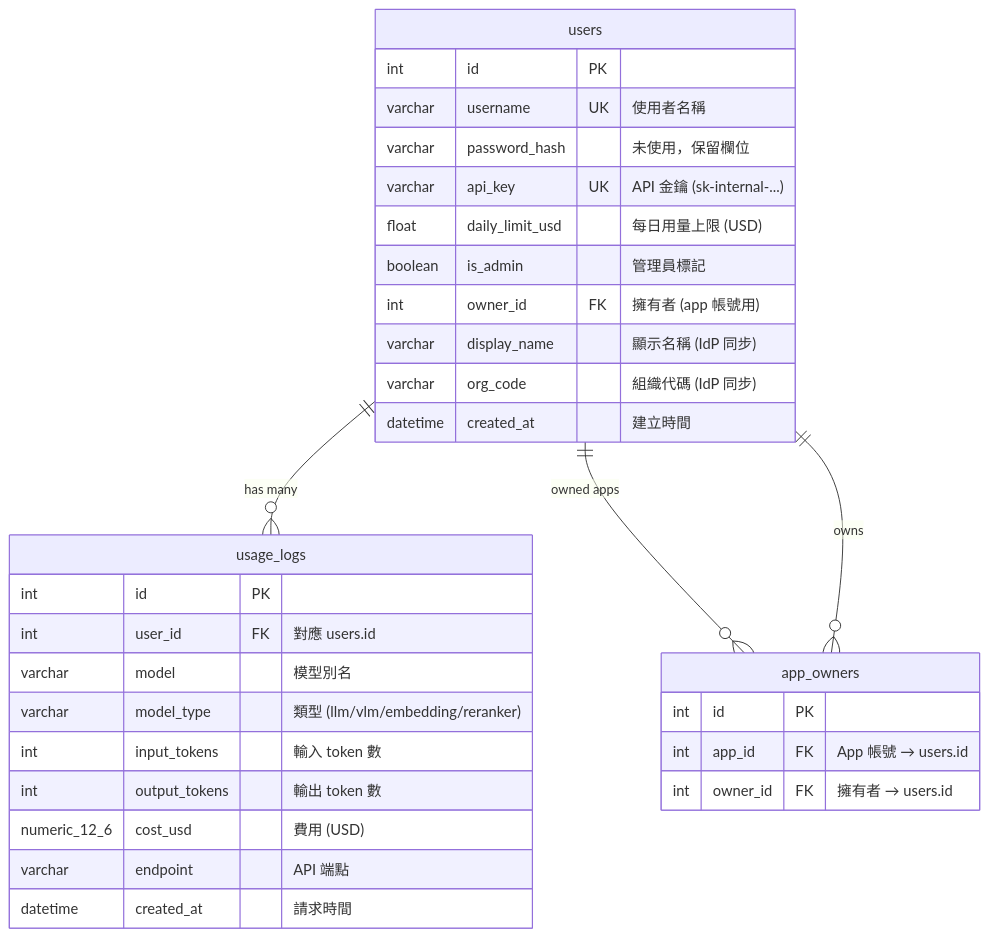
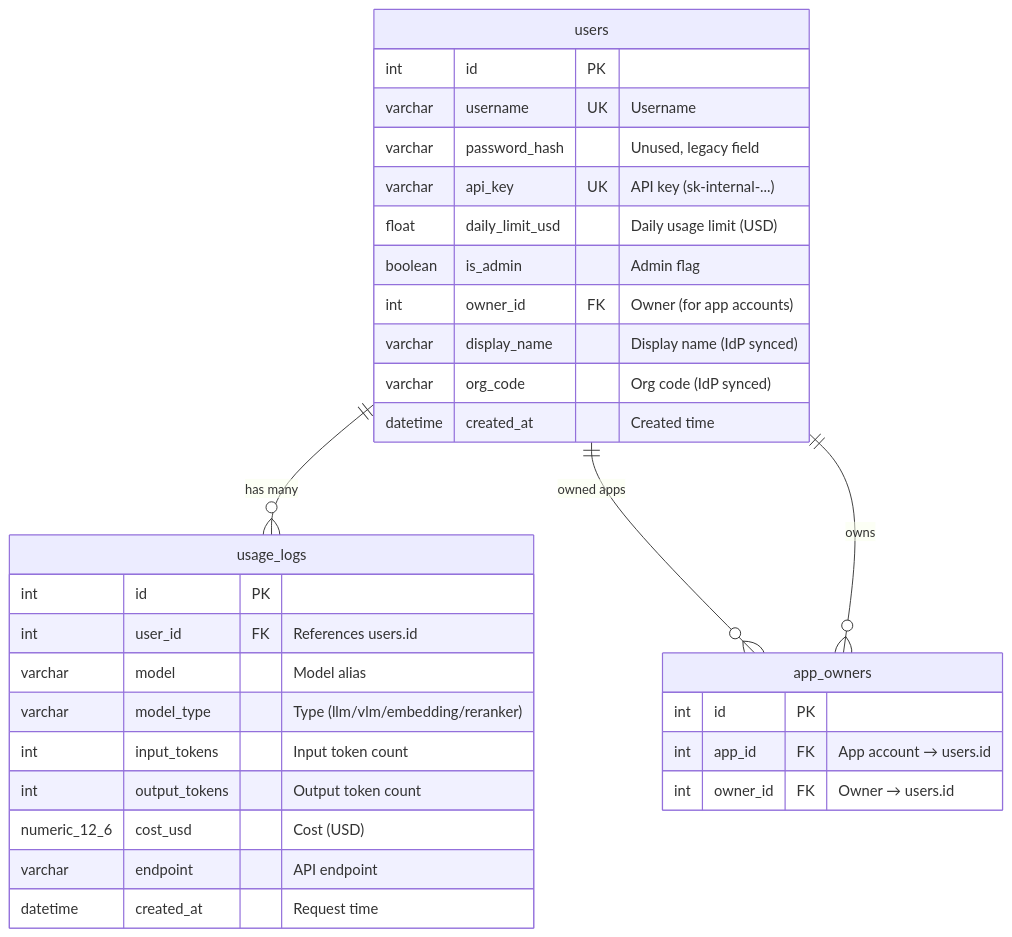
The diagram in alembic/README.md (bwinken/llm-gateway), drawn with Mermaid before and after one commit. The commit also changed other lines of this file and 11 other files, not shown here.

````diff
--- a/alembic/README.md
+++ b/alembic/README.md
@@ -73,37 +78,37 @@
 ```mermaid
 erDiagram
     users {
         int id PK
-        varchar username UK "使用者名稱"
-        varchar password_hash "未使用，保留欄位"
-        varchar api_key UK "API 金鑰 (sk-internal-...)"
-        float daily_limit_usd "每日用量上限 (USD)"
-        boolean is_admin "管理員標記"
-        int owner_id FK "擁有者 (app 帳號用)"
-        varchar display_name "顯示名稱 (IdP 同步)"
-        varchar org_code "組織代碼 (IdP 同步)"
-        datetime created_at "建立時間"
+        varchar username UK "Username"
+        varchar password_hash "Unused, legacy field"
+        varchar api_key UK "API key (sk-internal-...)"
+        float daily_limit_usd "Daily usage limit (USD)"
+        boolean is_admin "Admin flag"
+        int owner_id FK "Owner (for app accounts)"
+        varchar display_name "Display name (IdP synced)"
+        varchar org_code "Org code (IdP synced)"
+        datetime created_at "Created time"
     }
 
     usage_logs {
         int id PK
-        int user_id FK "對應 users.id"
-        varchar model "模型別名"
-        varchar model_type "類型 (llm/vlm/embedding/reranker)"
-        int input_tokens "輸入 token 數"
-        int output_tokens "輸出 token 數"
-        numeric_12_6 cost_usd "費用 (USD)"
-        varchar endpoint "API 端點"
-        datetime created_at "請求時間"
+        int user_id FK "References users.id"
+        varchar model "Model alias"
+        varchar model_type "Type (llm/vlm/embedding/reranker)"
+        int input_tokens "Input token count"
+        int output_tokens "Output token count"
+        numeric_12_6 cost_usd "Cost (USD)"
+        varchar endpoint "API endpoint"
+        datetime created_at "Request time"
     }
 
     app_owners {
         int id PK
-        int app_id FK "App 帳號 → users.id"
-        int owner_id FK "擁有者 → users.id"
+        int app_id FK "App account → users.id"
+        int owner_id FK "Owner → users.id"
     }
 
     users ||--o{ usage_logs : "has many"
     users ||--o{ app_owners : "owned apps"
     users ||--o{ app_owners : "owns"
 ```
````
